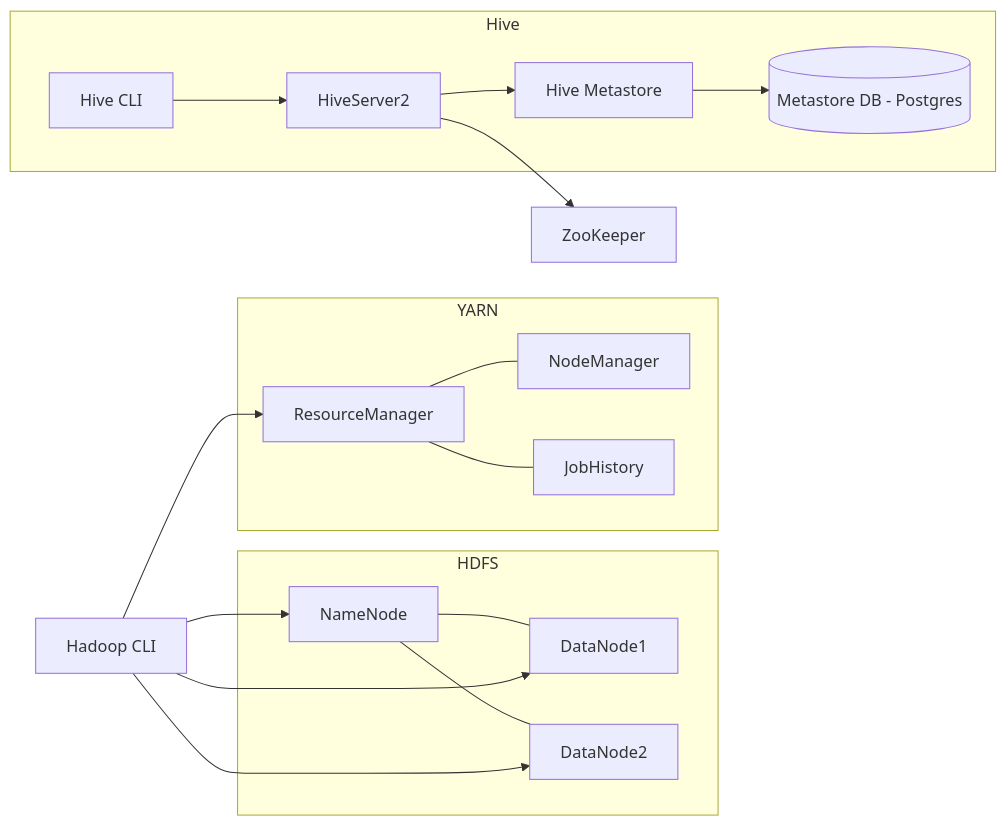
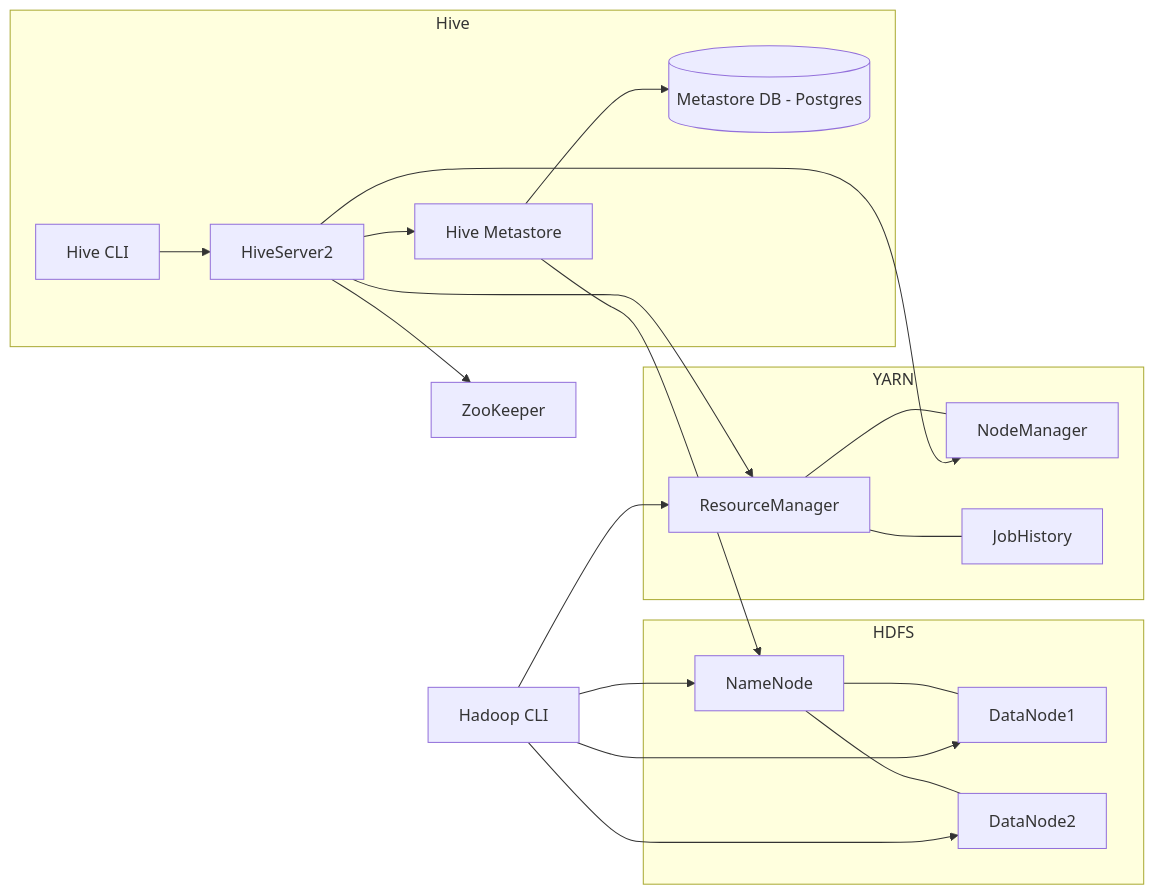
One commit to gurucb/DEI_Analytics_Labs changed the diagram in hadoop_infra_setup/Hadoop_Hive_Docker_Annotated.md. Above: the diagram before and after it, drawn with Mermaid.

Commit message:
Added Missing Links in Diagram for HIVE

````diff
--- a/hadoop_infra_setup/Hadoop_Hive_Docker_Annotated.md
+++ b/hadoop_infra_setup/Hadoop_Hive_Docker_Annotated.md
@@ -339,39 +339,42 @@
 ```mermaid
 flowchart LR
     subgraph HDFS
       NN[NameNode]
       DN1[DataNode1]
       DN2[DataNode2]
     end
 
     subgraph YARN
       RM[ResourceManager]
       NM[NodeManager]
       JH[JobHistory]
     end
 
     subgraph Hive
       PG[(Metastore DB - Postgres)]
       HMS[Hive Metastore]
       HS2[HiveServer2]
       CLI[Hive CLI]
     end
 
     ZK[ZooKeeper]
     HCLI[Hadoop CLI]
 
     NN --- DN1
     NN --- DN2
     RM --- NM
     RM --- JH
 
     HS2 --> HMS
     HMS --> PG
+    HMS --> NN
     HS2 --> ZK
+    HS2 --> NM
+    HS2 --> RM
 
     HCLI --> NN
     HCLI --> RM
     HCLI --> DN1
     HCLI --> DN2
     CLI --> HS2
 ```
````
